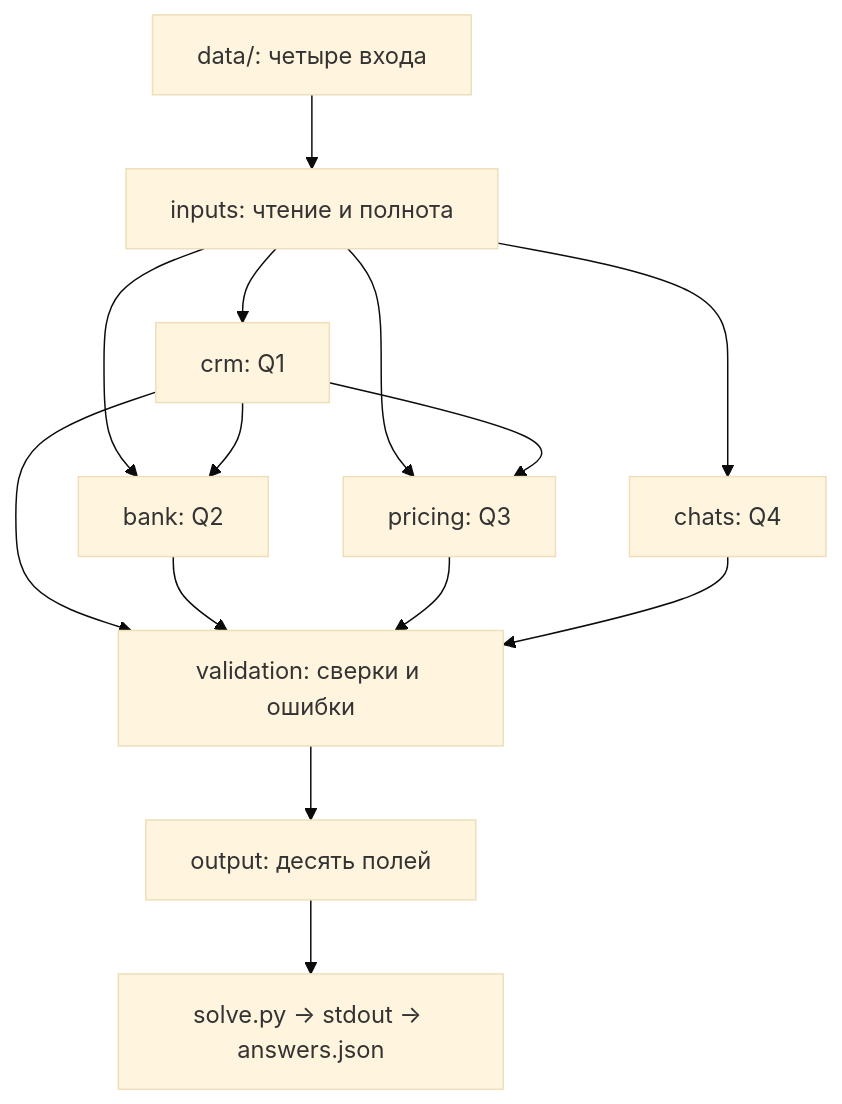
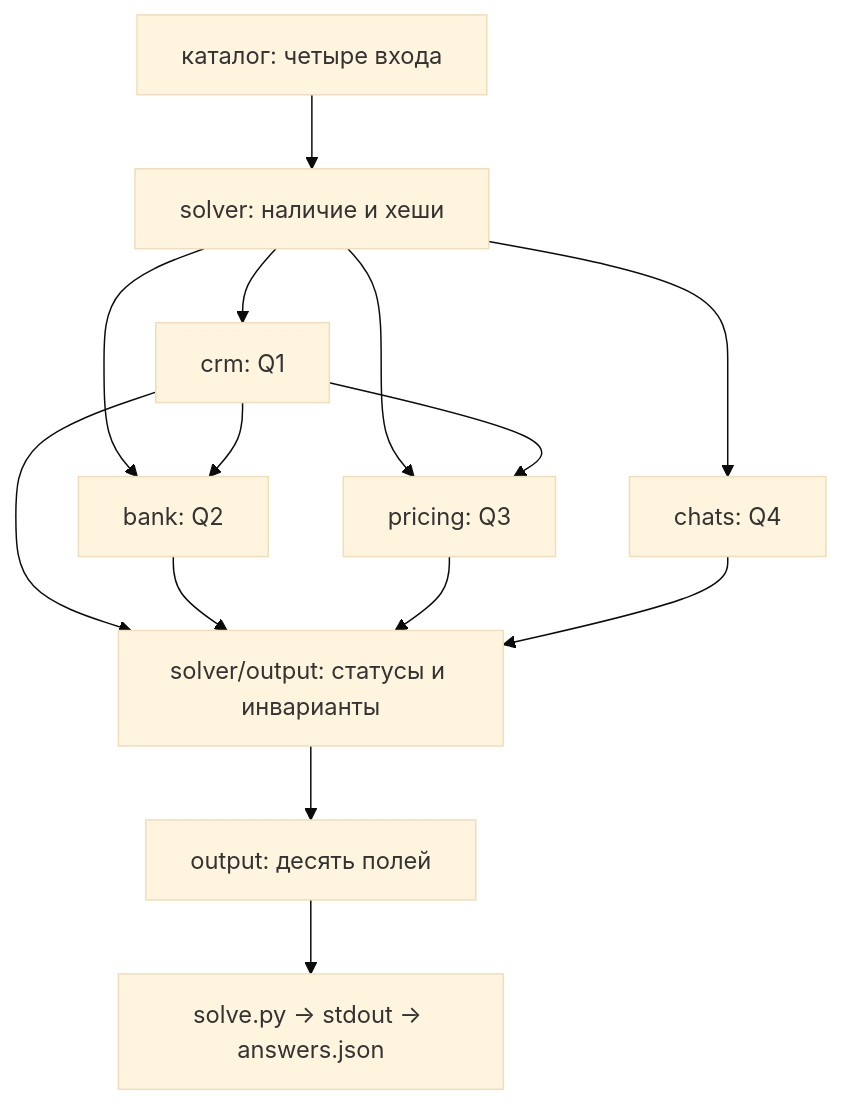
One commit to ivanatvok-debug/shelenkov-test-akfurs changed the diagram in docs/ARCHITECTURE.md. Above: the diagram before and after it, drawn with Mermaid (base theme). The commit also changed other lines of this file and 15 other files, not shown here.

````diff
--- a/docs/ARCHITECTURE.md
+++ b/docs/ARCHITECTURE.md
@@ -75,16 +78,16 @@
 ```mermaid
 flowchart TD
-    D["data/: четыре входа"] --> I["inputs: чтение и полнота"]
+    D["каталог: четыре входа"] --> I["solver: наличие и хеши"]
     I --> C["crm: Q1"]
     I --> B["bank: Q2"]
     I --> P["pricing: Q3"]
     I --> H["chats: Q4"]
     C --> B
     C --> P
-    C --> V["validation: сверки и ошибки"]
+    C --> V["solver/output: статусы и инварианты"]
     B --> V
     P --> V
     H --> V
     V --> O["output: десять полей"]
     O --> S["solve.py → stdout → answers.json"]
 ```
````
